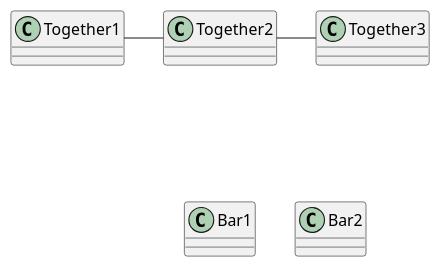
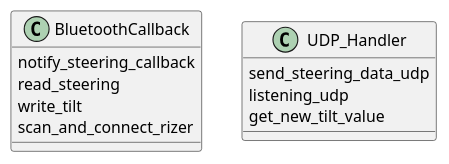
The diagram in docs/rizer_classdiagram.wsd (DaveBsns/SimulatorRaspberry), drawn with PlantUML before and after one commit. The commit also changed 2 other files, not shown here.

Commit message:
restrucure rizer file

```diff
--- a/docs/rizer_classdiagram.wsd
+++ b/docs/rizer_classdiagram.wsd
@@ -1,15 +1,16 @@
 @startuml
 
-class Bar1
-class Bar2
-together {
-  class Together1
-  class Together2
-  class Together3
+class BluetoothCallback {
+  notify_steering_callback
+  read_steering
+  write_tilt
+  scan_and_connect_rizer
 }
-Together1 - Together2
-Together2 - Together3
-Together2 -[hidden]--> Bar1
-Bar1 -[hidden]> Bar2
+
+class UDP_Handler{
+  send_steering_data_udp
+  listening_udp
+  get_new_tilt_value
+}
 
 @enduml
```
